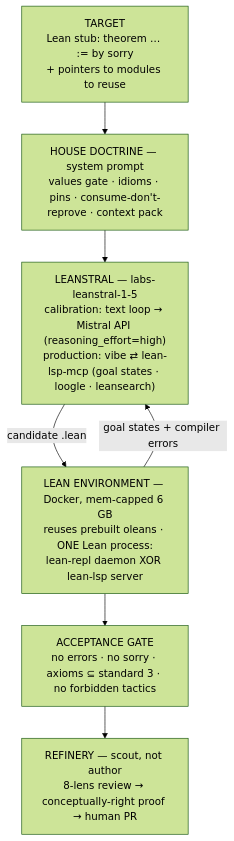
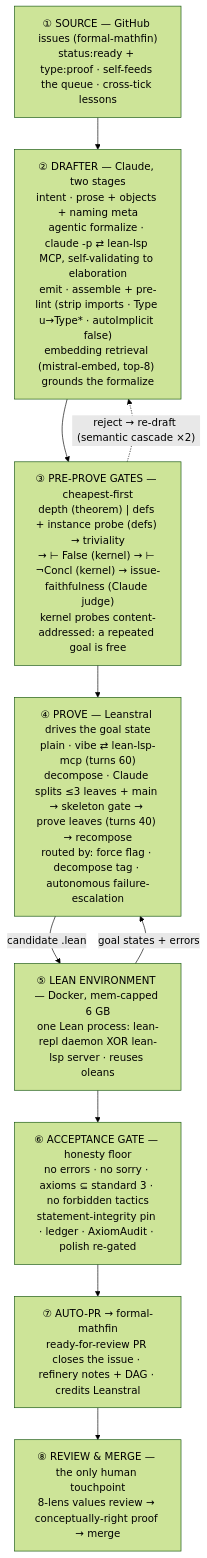
Before and after one commit to formal-applied-math/formal-foundry: the diagram in docs/leanstral-architecture.md, drawn with Mermaid (forest theme). The commit also changed other lines of this file and 7 other files, not shown here.

````diff
--- a/docs/leanstral-architecture.md
+++ b/docs/leanstral-architecture.md
@@ -55,13 +70,17 @@
 ```mermaid
 flowchart TD
-  T["TARGET<br/>Lean stub: theorem … := by sorry<br/>+ pointers to modules to reuse"]
-  D["HOUSE DOCTRINE — system prompt<br/>values gate · idioms · pins · consume-don't-reprove · context pack"]
-  L["LEANSTRAL — labs-leanstral-1-5<br/>calibration: text loop → Mistral API (reasoning_effort=high)<br/>production: vibe ⇄ lean-lsp-mcp (goal states · loogle · leansearch)"]
-  E["LEAN ENVIRONMENT — Docker, mem-capped 6 GB<br/>reuses prebuilt oleans · ONE Lean process:<br/>lean-repl daemon XOR lean-lsp server"]
-  G["ACCEPTANCE GATE<br/>no errors · no sorry · axioms ⊆ standard 3 · no forbidden tactics"]
-  R["REFINERY — scout, not author<br/>8-lens review → conceptually-right proof → human PR"]
-  T --> D --> L
-  L -->|candidate .lean| E
-  E -->|goal states + compiler errors| L
-  E --> G --> R
+  I["① SOURCE — GitHub issues (formal-mathfin)<br/>status:ready + type:proof · self-feeds the queue · cross-tick lessons"]
+  D["② DRAFTER — Claude, two stages<br/>intent · prose + objects + naming meta<br/>agentic formalize · claude -p ⇄ lean-lsp MCP, self-validating to elaboration<br/>emit · assemble + pre-lint (strip imports · Type u→Type* · autoImplicit false)<br/>embedding retrieval (mistral-embed, top-8) grounds the formalize"]
+  G["③ PRE-PROVE GATES — cheapest-first<br/>depth (theorem) | defs + instance probe (defs) → triviality<br/>→ ⊢ False (kernel) → ⊢ ¬Concl (kernel) → issue-faithfulness (Claude judge)<br/>kernel probes content-addressed: a repeated goal is free"]
+  P["④ PROVE — Leanstral drives the goal state<br/>plain · vibe ⇄ lean-lsp-mcp (turns 60)<br/>decompose · Claude splits ≤3 leaves + main → skeleton gate → prove leaves (turns 40) → recompose<br/>routed by: force flag · decompose tag · autonomous failure-escalation"]
+  E["⑤ LEAN ENVIRONMENT — Docker, mem-capped 6 GB<br/>one Lean process: lean-repl daemon XOR lean-lsp server · reuses oleans"]
+  A["⑥ ACCEPTANCE GATE — honesty floor<br/>no errors · no sorry · axioms ⊆ standard 3 · no forbidden tactics<br/>statement-integrity pin · ledger · AxiomAudit · polish re-gated"]
+  PR["⑦ AUTO-PR → formal-mathfin<br/>ready-for-review PR closes the issue · refinery notes + DAG · credits Leanstral"]
+  H["⑧ REVIEW & MERGE — the only human touchpoint<br/>8-lens values review → conceptually-right proof → merge"]
+
+  I --> D --> G --> P
+  G -. "reject → re-draft (semantic cascade ×2)" .-> D
+  P -->|candidate .lean| E
+  E -->|goal states + errors| P
+  E --> A --> PR --> H
 ```
````
